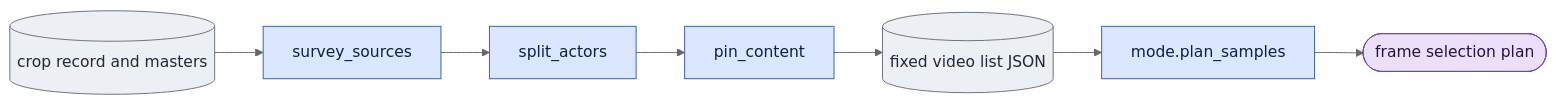
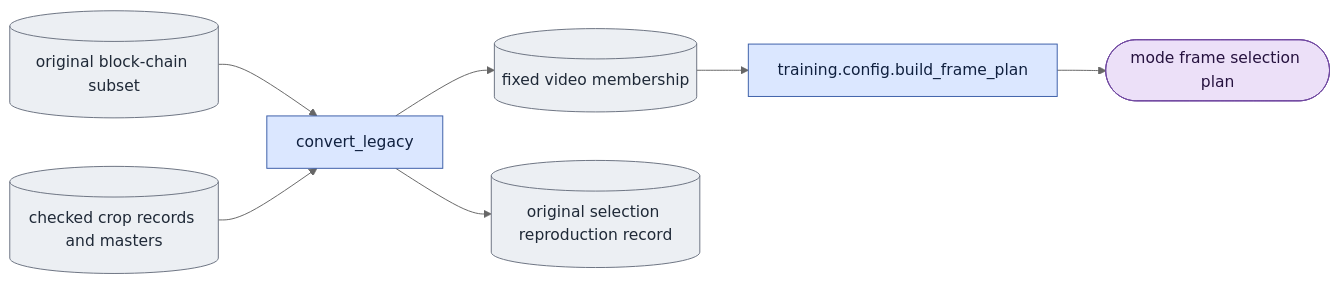
One commit to AtlantixJJ/LTX-2 changed the diagram in scripts/onestep_avatar/doc/subset.md. Above: the diagram before and after it, drawn with Mermaid (neutral theme). The commit also changed other lines of this file and 82 other files, not shown here.

````diff
--- a/scripts/onestep_avatar/doc/subset.md
+++ b/scripts/onestep_avatar/doc/subset.md
@@ -14,12 +18,14 @@
 ```mermaid
 flowchart LR
-  M[("crop record and masters")] --> S["survey_sources"]
-  S --> A["split_actors"] --> H["pin_content"] --> O[("fixed video list JSON")]
-  O --> P["mode.plan_samples"] --> R(["frame selection plan"])
+  S[("original block-chain subset")] --> C["convert_legacy"]
+  M[("checked crop records and masters")] --> C
+  C --> O[("fixed video membership")]
+  C --> R[("original selection reproduction record")]
+  O --> P["training.config.build_frame_plan"] --> F(["mode frame selection plan"])
   classDef proc fill:#dbe7ff,stroke:#3b5ea8,color:#10203f;
   classDef disk fill:#eceff3,stroke:#6b7280,color:#1f2937;
   classDef out fill:#ece0f8,stroke:#7048a0,color:#26123f;
-  class S,A,H,P proc;
-  class M,O disk;
-  class R out;
+  class C,P proc;
+  class S,M,O,R disk;
+  class F out;
 ```
````
